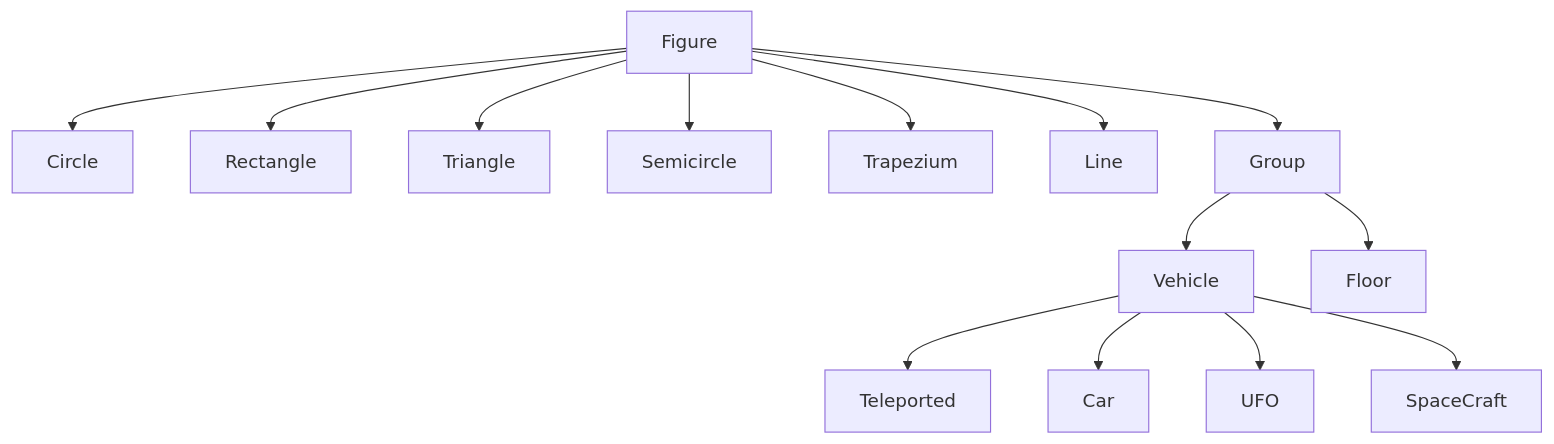
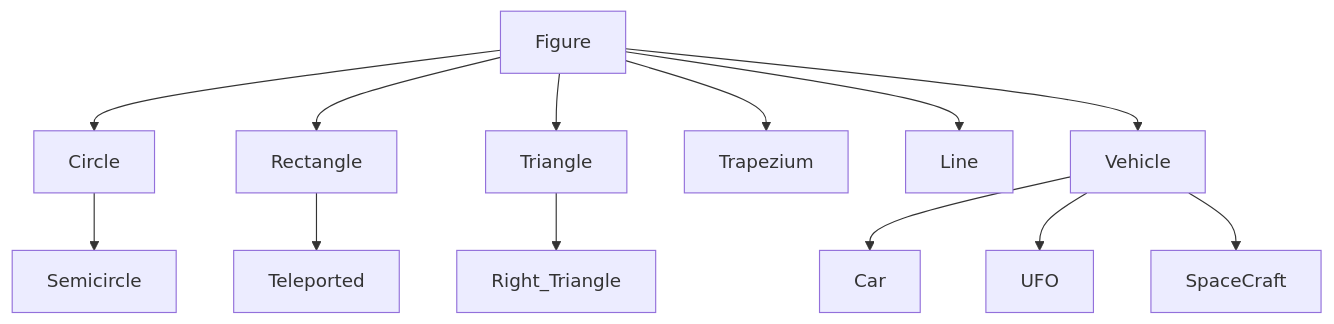
Before and after one commit to FuFutheBest/Animation_of_interstellar_parking_lot: the diagram in README.md, drawn with Mermaid. The commit also changed other lines of this file and 3 other files, not shown here.

````diff
--- a/README.md
+++ b/README.md
@@ -4,16 +5,15 @@
 ```mermaid
 graph TB
     Figure --> Circle
+    Circle --> Semicircle
     Figure --> Rectangle
+    Rectangle --> Teleported
     Figure --> Triangle
-    Figure --> Semicircle
+    Triangle --> Right_Triangle
     Figure --> Trapezium
     Figure --> Line
-    Figure --> Group
-    Group --> Vehicle
-    Group --> Floor
-    Vehicle --> Teleported
+    Figure --> Vehicle
     Vehicle --> Car
     Vehicle --> UFO
     Vehicle --> SpaceCraft
 ```
````
